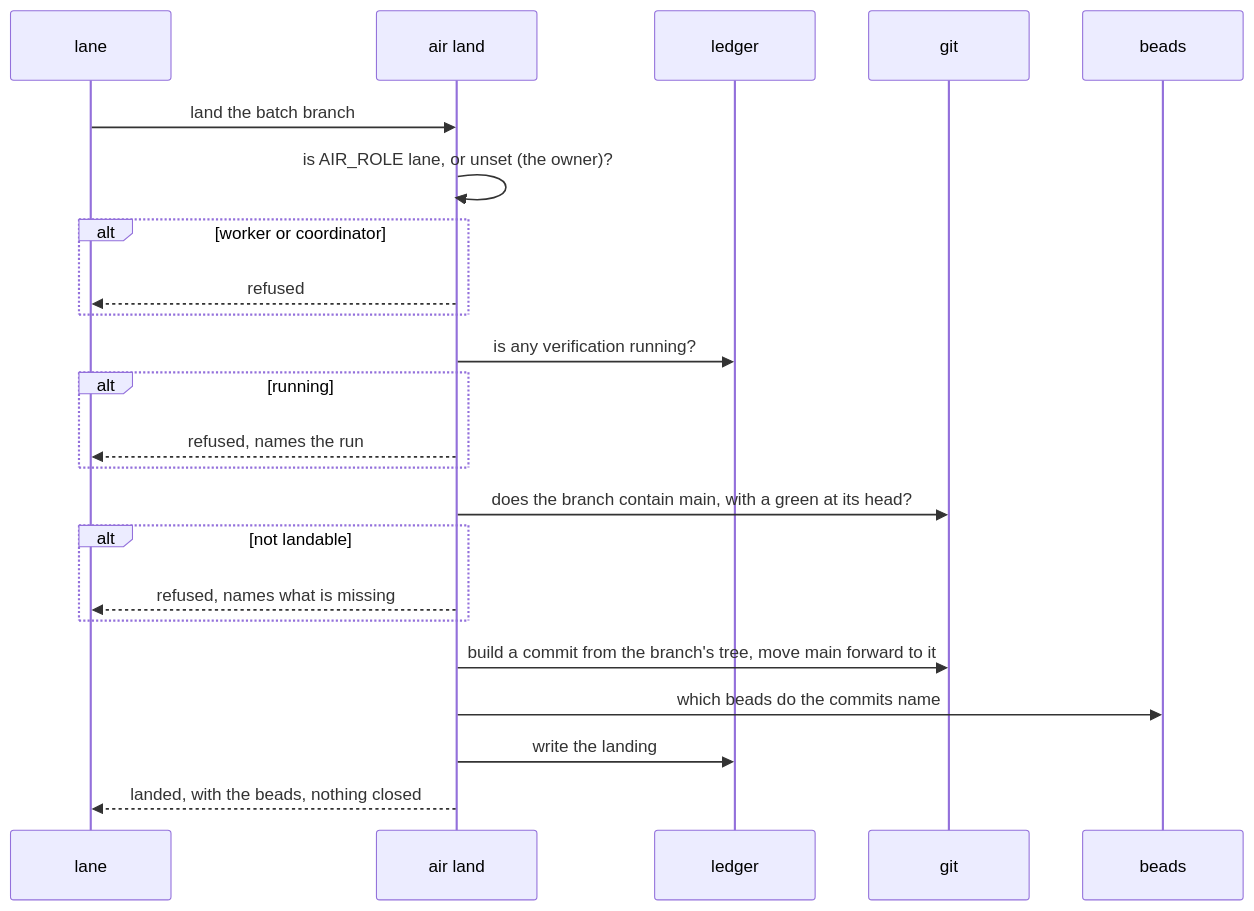
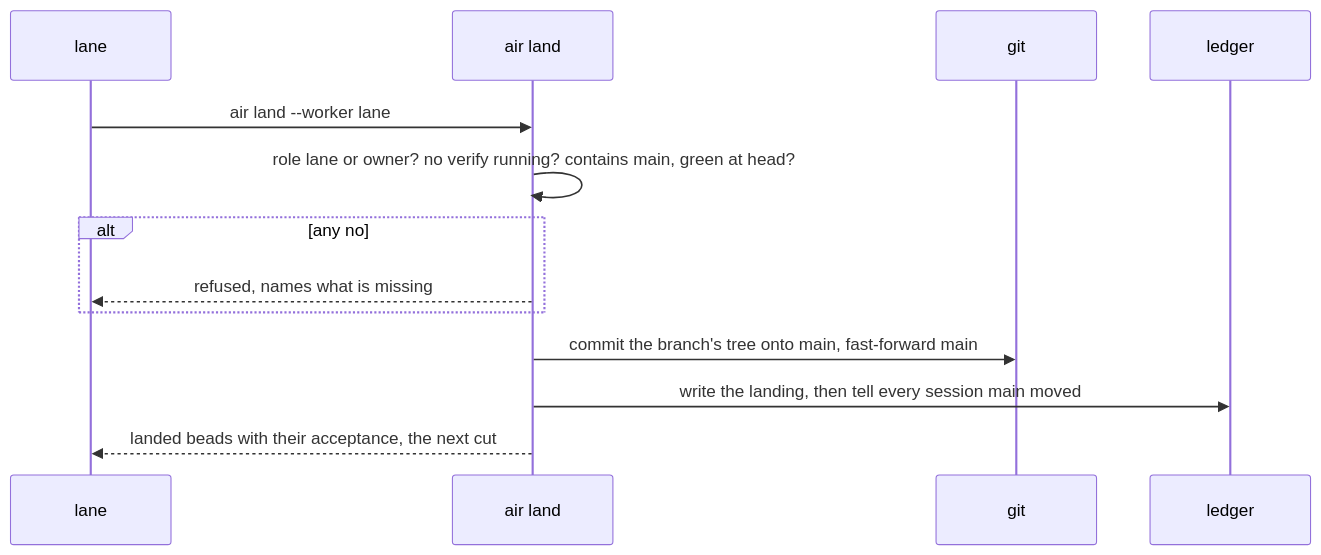
The sixth of 8 diagrams in docs/design.md (AJTJ/airunner), drawn with Mermaid before and after one commit. The commit also changed other lines of this file and 1 other file, not shown here.

````diff
--- a/docs/design.md
+++ b/docs/design.md
@@ -459,25 +337,15 @@
 ```mermaid
 sequenceDiagram
   participant C as lane
   participant A as air land
+  participant G as git
   participant L as ledger
-  participant G as git
-  participant B as beads
-  C->>A: land the batch branch
-  A->>A: is AIR_ROLE lane, or unset (the owner)?
-  alt worker or coordinator
-    A-->>C: refused
-  end
-  A->>L: is any verification running?
-  alt running
-    A-->>C: refused, names the run
-  end
-  A->>G: does the branch contain main, with a green at its head?
-  alt not landable
+  C->>A: air land --worker lane
+  A->>A: role lane or owner? no verify running? contains main, green at head?
+  alt any no
     A-->>C: refused, names what is missing
   end
-  A->>G: build a commit from the branch's tree, move main forward to it
-  A->>B: which beads do the commits name
-  A->>L: write the landing
-  A-->>C: landed, with the beads, nothing closed
+  A->>G: commit the branch's tree onto main, fast-forward main
+  A->>L: write the landing, then tell every session main moved
+  A-->>C: landed beads with their acceptance, the next cut
 ```
````
